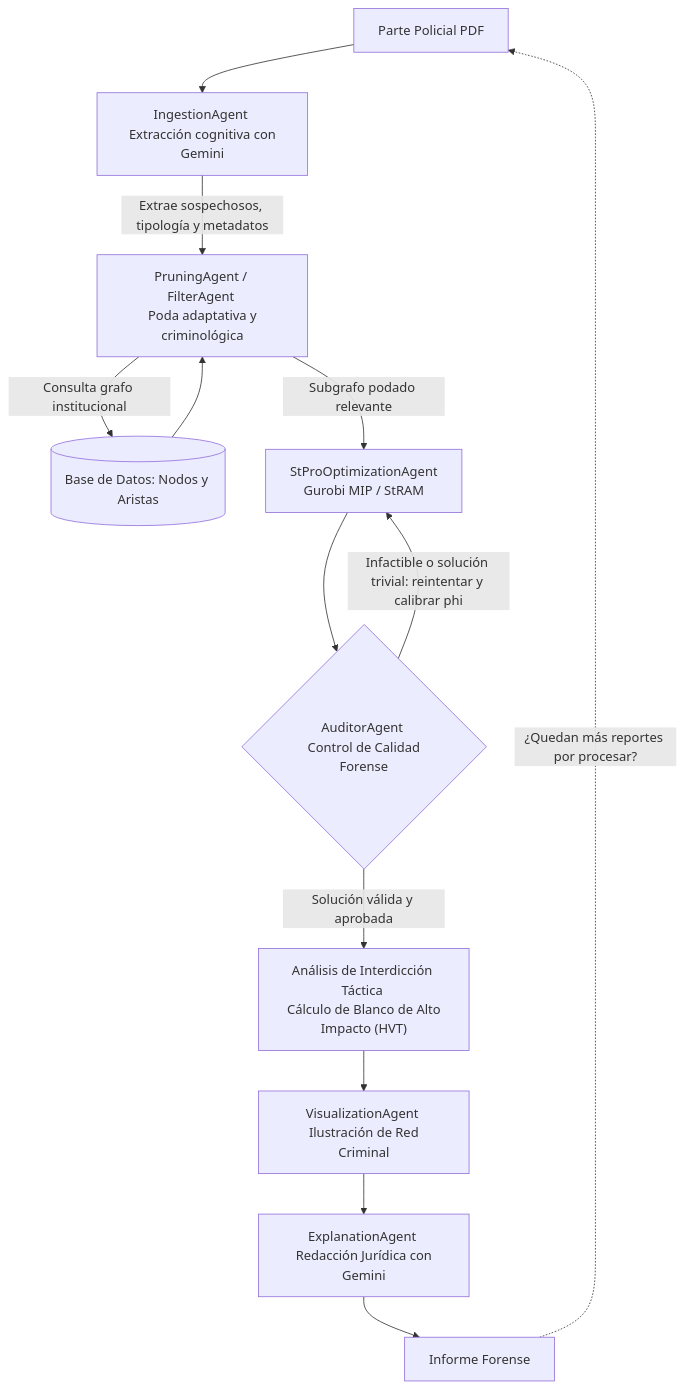
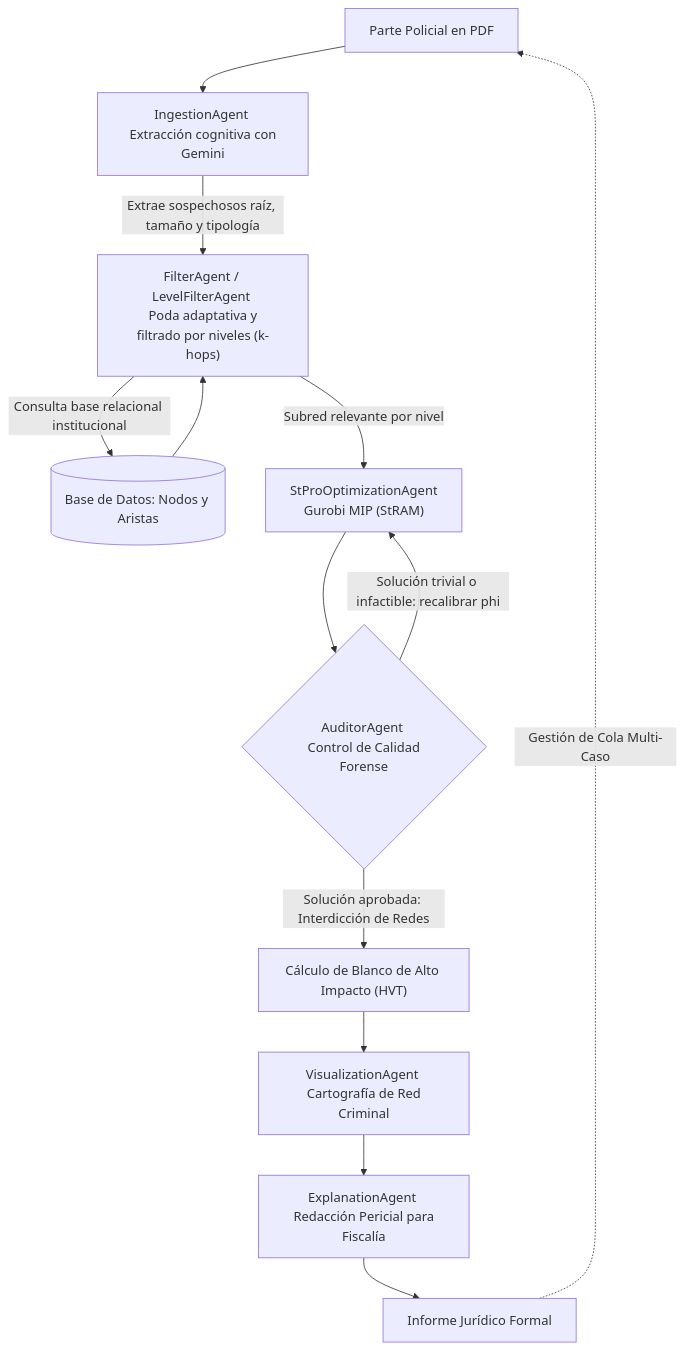
The diagram in README.md (MGS100802/TESIS_FISCALIA), drawn with Mermaid before and after one commit. The commit also changed other lines of this file and 475 other files, not shown here.

Commit message:
Se agrega filtro por nivel, interfaz grafica con streamlit dockerizada

````diff
--- a/README.md
+++ b/README.md
@@ -17,21 +18,21 @@
 ```mermaid
 flowchart TD
-    A["Parte Policial PDF"] --> B["IngestionAgent <br> Extracción cognitiva con Gemini"]
-    B -->|"Extrae sospechosos, tipología y metadatos"| C["PruningAgent / FilterAgent <br> Poda adaptativa y criminológica"]
+    A["Parte Policial en PDF"] --> B["IngestionAgent <br> Extracción cognitiva con Gemini"]
+    B -->|"Extrae sospechosos raíz, tamaño y tipología"| C["FilterAgent / LevelFilterAgent <br> Poda adaptativa y filtrado por niveles (k-hops)"]
     
-    C -->|"Consulta grafo institucional"| D[("Base de Datos: Nodos y Aristas")]
+    C -->|"Consulta base relacional institucional"| D[("Base de Datos: Nodos y Aristas")]
     D --> C
     
-    C -->|"Subgrafo podado relevante"| E["StProOptimizationAgent <br> Gurobi MIP / StRAM"]
+    C -->|"Subred relevante por nivel"| E["StProOptimizationAgent <br> Gurobi MIP (StRAM)"]
     
     E --> F{"AuditorAgent <br> Control de Calidad Forense"}
     
-    F -->|"Infactible o solución trivial: reintentar y calibrar phi"| E
-    F -->|"Solución válida y aprobada"| G["Análisis de Interdicción Táctica <br> Cálculo de Blanco de Alto Impacto (HVT)"]
+    F -->|"Solución trivial o infactible: recalibrar phi"| E
+    F -->|"Solución aprobada: Interdicción de Redes"| G["Cálculo de Blanco de Alto Impacto (HVT)"]
     
-    G --> H["VisualizationAgent <br> Ilustración de Red Criminal"]
-    H --> I["ExplanationAgent <br> Redacción Jurídica con Gemini"]
-    I --> J["Informe Forense"]
+    G --> H["VisualizationAgent <br> Cartografía de Red Criminal"]
+    H --> I["ExplanationAgent <br> Redacción Pericial para Fiscalía"]
+    I --> J["Informe Jurídico Formal"]
     
-    J -.->|"¿Quedan más reportes por procesar?"| A
+    J -.->|"Gestión de Cola Multi-Caso"| A
 ```
````
